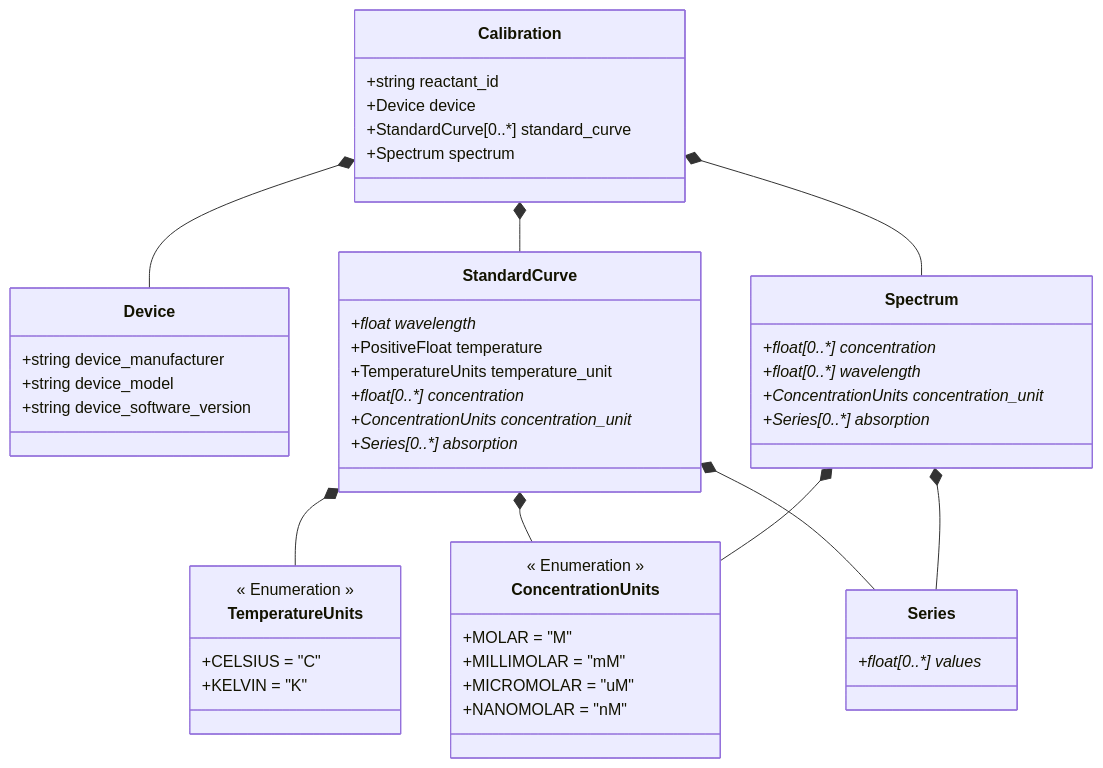
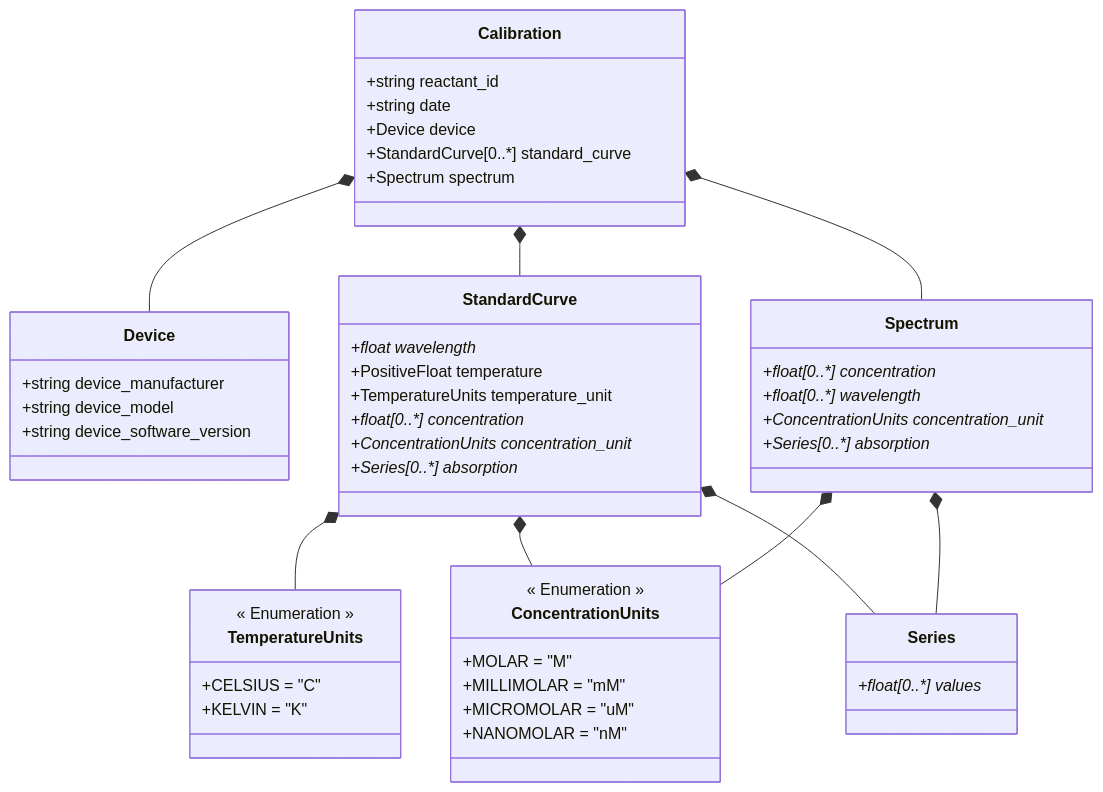
One commit to FAIRChemistry/datamodel_calibration changed the diagram in datamodel_calibration/schemes/CalibrationDatamodel.md. Above: the diagram before and after it, drawn with Mermaid. The commit also changed 2 other files, not shown here.

Commit message:
API update

````diff
--- a/datamodel_calibration/schemes/CalibrationDatamodel.md
+++ b/datamodel_calibration/schemes/CalibrationDatamodel.md
@@ -1,59 +1,60 @@
 ```mermaid
 classDiagram
     Calibration *-- Device
     Calibration *-- StandardCurve
     Calibration *-- Spectrum
     StandardCurve *-- TemperatureUnits
     StandardCurve *-- ConcentrationUnits
     StandardCurve *-- Series
     Spectrum *-- ConcentrationUnits
     Spectrum *-- Series
     
     class Calibration {
         +string reactant_id
+        +string date
         +Device device
         +StandardCurve[0..*] standard_curve
         +Spectrum spectrum
     }
     
     class Device {
         +string device_manufacturer
         +string device_model
         +string device_software_version
     }
     
     class StandardCurve {
         +float wavelength*
         +PositiveFloat temperature
         +TemperatureUnits temperature_unit
         +float[0..*] concentration*
         +ConcentrationUnits concentration_unit*
         +Series[0..*] absorption*
     }
     
     class Spectrum {
         +float[0..*] concentration*
         +float[0..*] wavelength*
         +ConcentrationUnits concentration_unit*
         +Series[0..*] absorption*
     }
     
     class Series {
         +float[0..*] values*
     }
     
     class TemperatureUnits {
         << Enumeration >>
         +CELSIUS = "C"
         +KELVIN = "K"
     }
     
     class ConcentrationUnits {
         << Enumeration >>
         +MOLAR = "M"
         +MILLIMOLAR = "mM"
         +MICROMOLAR = "uM"
         +NANOMOLAR = "nM"
     }
     
 ```
````
